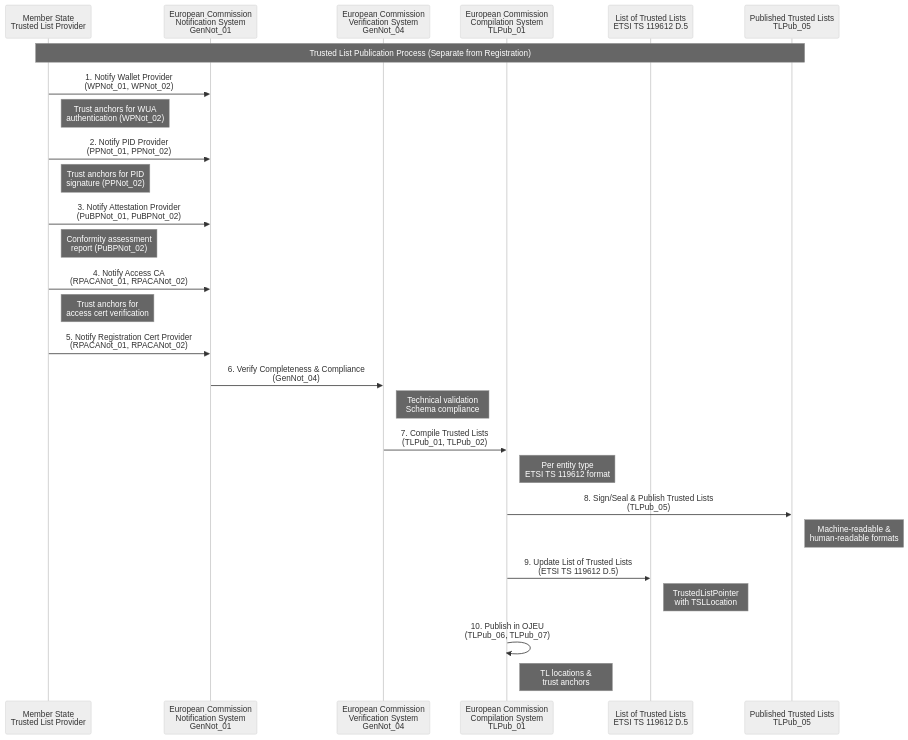
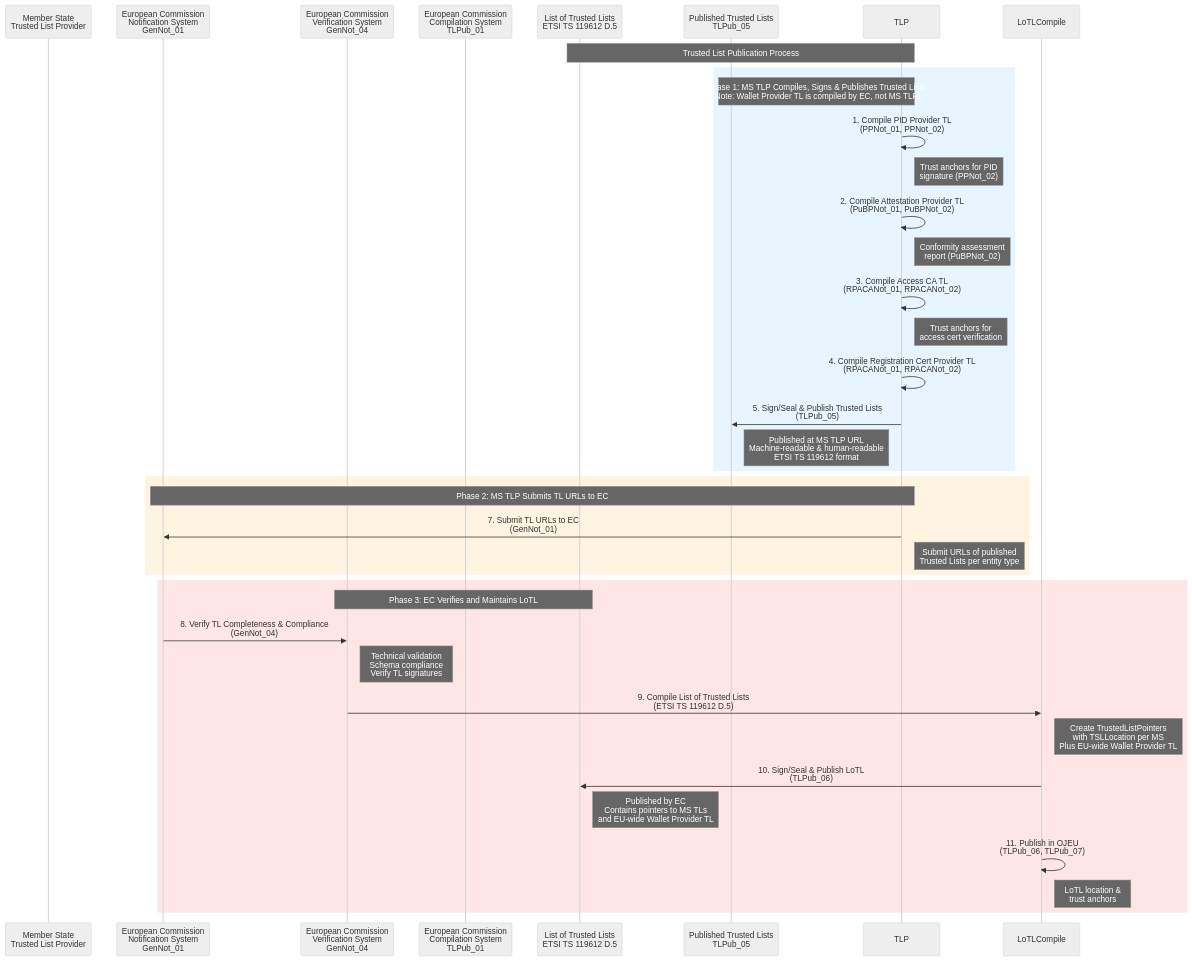
The fourth of 7 diagrams in task2-trust-framework/trust-infrastructure-schema.md (webuild-consortium/wp4-trust-group), drawn with Mermaid (neutral theme) before and after one commit. The commit also changed other lines of this file, not shown here.

Commit message:
fix: trust infra several updates and disambiguation according to ARF 2.7.3

````diff
--- a/task2-trust-framework/trust-infrastructure-schema.md
+++ b/task2-trust-framework/trust-infrastructure-schema.md
@@ -278,40 +451,49 @@
 ```mermaid
 sequenceDiagram
     participant MS as Member State<br/>Trusted List Provider
     participant ECNotify as European Commission<br/>Notification System<br/>GenNot_01
     participant ECVerify as European Commission<br/>Verification System<br/>GenNot_04
     participant ECCompile as European Commission<br/>Compilation System<br/>TLPub_01
     participant LoTL as List of Trusted Lists<br/>ETSI TS 119612 D.5
     participant TL as Published Trusted Lists<br/>TLPub_05
 
-    Note over MS,TL: Trusted List Publication Process (Separate from Registration)
+    Note over TLP,LoTL: Trusted List Publication Process
 
-    MS->>ECNotify: 1. Notify Wallet Provider<br/>(WPNot_01, WPNot_02)
-    Note right of MS: Trust anchors for WUA<br/>authentication (WPNot_02)
+    rect rgb(230, 245, 255)
+        Note over TLP,TL: Phase 1: MS TLP Compiles, Signs & Publishes Trusted Lists<br/>(Note: Wallet Provider TL is compiled by EC, not MS TLP)
+        TLP->>TLP: 1. Compile PID Provider TL<br/>(PPNot_01, PPNot_02)
+        Note right of TLP: Trust anchors for PID<br/>signature (PPNot_02)
+        
+        TLP->>TLP: 2. Compile Attestation Provider TL<br/>(PuBPNot_01, PuBPNot_02)
+        Note right of TLP: Conformity assessment<br/>report (PuBPNot_02)
+        
+        TLP->>TLP: 3. Compile Access CA TL<br/>(RPACANot_01, RPACANot_02)
+        Note right of TLP: Trust anchors for<br/>access cert verification
+        
+        TLP->>TLP: 4. Compile Registration Cert Provider TL<br/>(RPACANot_01, RPACANot_02)
+        
+        TLP->>TL: 5. Sign/Seal & Publish Trusted Lists<br/>(TLPub_05)
+        Note right of TL: Published at MS TLP URL<br/>Machine-readable & human-readable<br/>ETSI TS 119612 format
+    end
 
-    MS->>ECNotify: 2. Notify PID Provider<br/>(PPNot_01, PPNot_02)
-    Note right of MS: Trust anchors for PID<br/>signature (PPNot_02)
+    rect rgb(255, 244, 225)
+        Note over TLP,ECNotify: Phase 2: MS TLP Submits TL URLs to EC
+        TLP->>ECNotify: 7. Submit TL URLs to EC<br/>(GenNot_01)
+        Note right of TLP: Submit URLs of published<br/>Trusted Lists per entity type
+    end
 
-    MS->>ECNotify: 3. Notify Attestation Provider<br/>(PuBPNot_01, PuBPNot_02)
-    Note right of MS: Conformity assessment<br/>report (PuBPNot_02)
-
-    MS->>ECNotify: 4. Notify Access CA<br/>(RPACANot_01, RPACANot_02)
-    Note right of MS: Trust anchors for<br/>access cert verification
-
-    MS->>ECNotify: 5. Notify Registration Cert Provider<br/>(RPACANot_01, RPACANot_02)
-
-    ECNotify->>ECVerify: 6. Verify Completeness & Compliance<br/>(GenNot_04)
-    Note right of ECVerify: Technical validation<br/>Schema compliance
-
-    ECVerify->>ECCompile: 7. Compile Trusted Lists<br/>(TLPub_01, TLPub_02)
-    Note right of ECCompile: Per entity type<br/>ETSI TS 119612 format
-
-    ECCompile->>TL: 8. Sign/Seal & Publish Trusted Lists<br/>(TLPub_05)
-    Note right of TL: Machine-readable &<br/>human-readable formats
-
-    ECCompile->>LoTL: 9. Update List of Trusted Lists<br/>(ETSI TS 119612 D.5)
-    Note right of LoTL: TrustedListPointer<br/>with TSLLocation
-
-    ECCompile->>ECCompile: 10. Publish in OJEU<br/>(TLPub_06, TLPub_07)
-    Note right of ECCompile: TL locations &<br/>trust anchors
+    rect rgb(255, 230, 230)
+        Note over ECVerify,LoTL: Phase 3: EC Verifies and Maintains LoTL
+        ECNotify->>ECVerify: 8. Verify TL Completeness & Compliance<br/>(GenNot_04)
+        Note right of ECVerify: Technical validation<br/>Schema compliance<br/>Verify TL signatures
+        
+        ECVerify->>LoTLCompile: 9. Compile List of Trusted Lists<br/>(ETSI TS 119612 D.5)
+        Note right of LoTLCompile: Create TrustedListPointers<br/>with TSLLocation per MS<br/>Plus EU-wide Wallet Provider TL
+        
+        LoTLCompile->>LoTL: 10. Sign/Seal & Publish LoTL<br/>(TLPub_06)
+        Note right of LoTL: Published by EC<br/>Contains pointers to MS TLs<br/>and EU-wide Wallet Provider TL
+        
+        LoTLCompile->>LoTLCompile: 11. Publish in OJEU<br/>(TLPub_06, TLPub_07)
+        Note right of LoTLCompile: LoTL location &<br/>trust anchors
+    end
 ```
````
